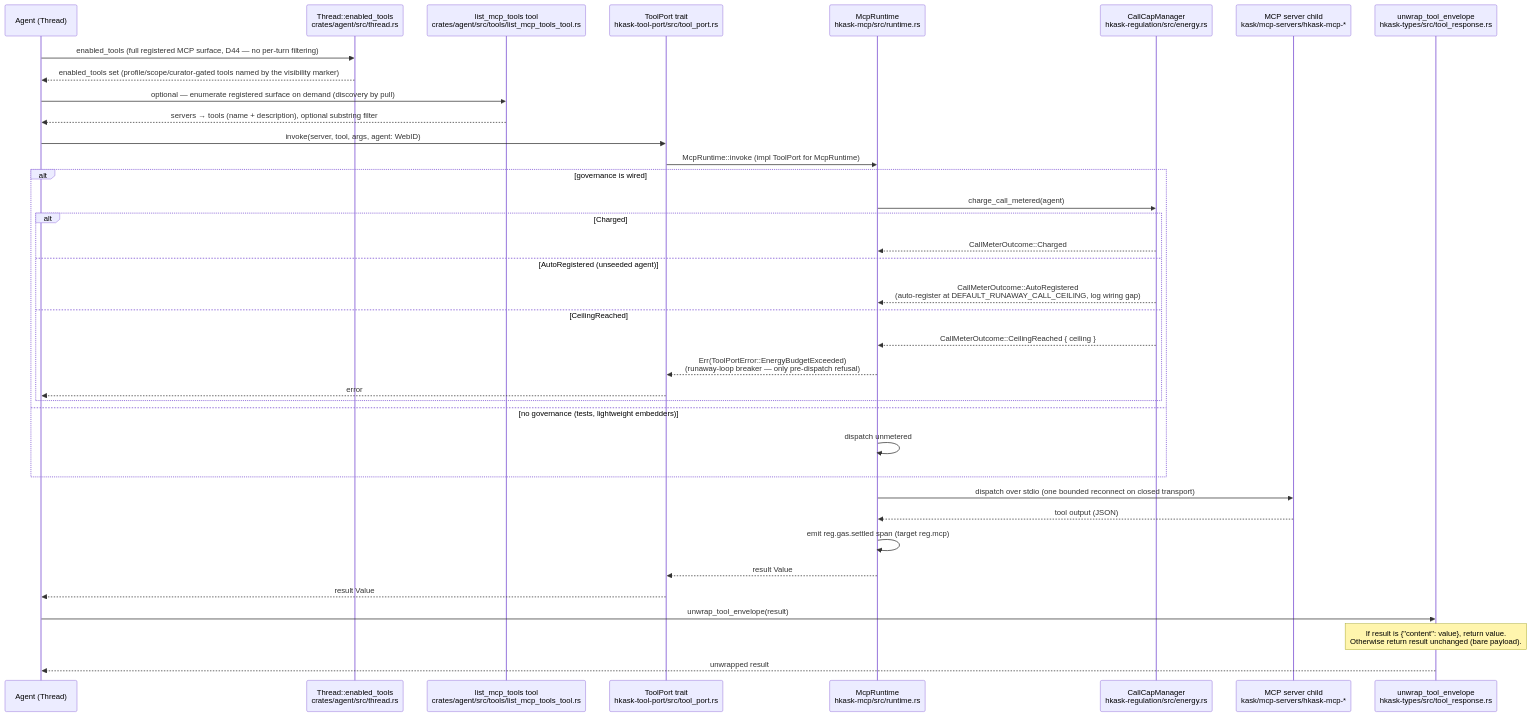
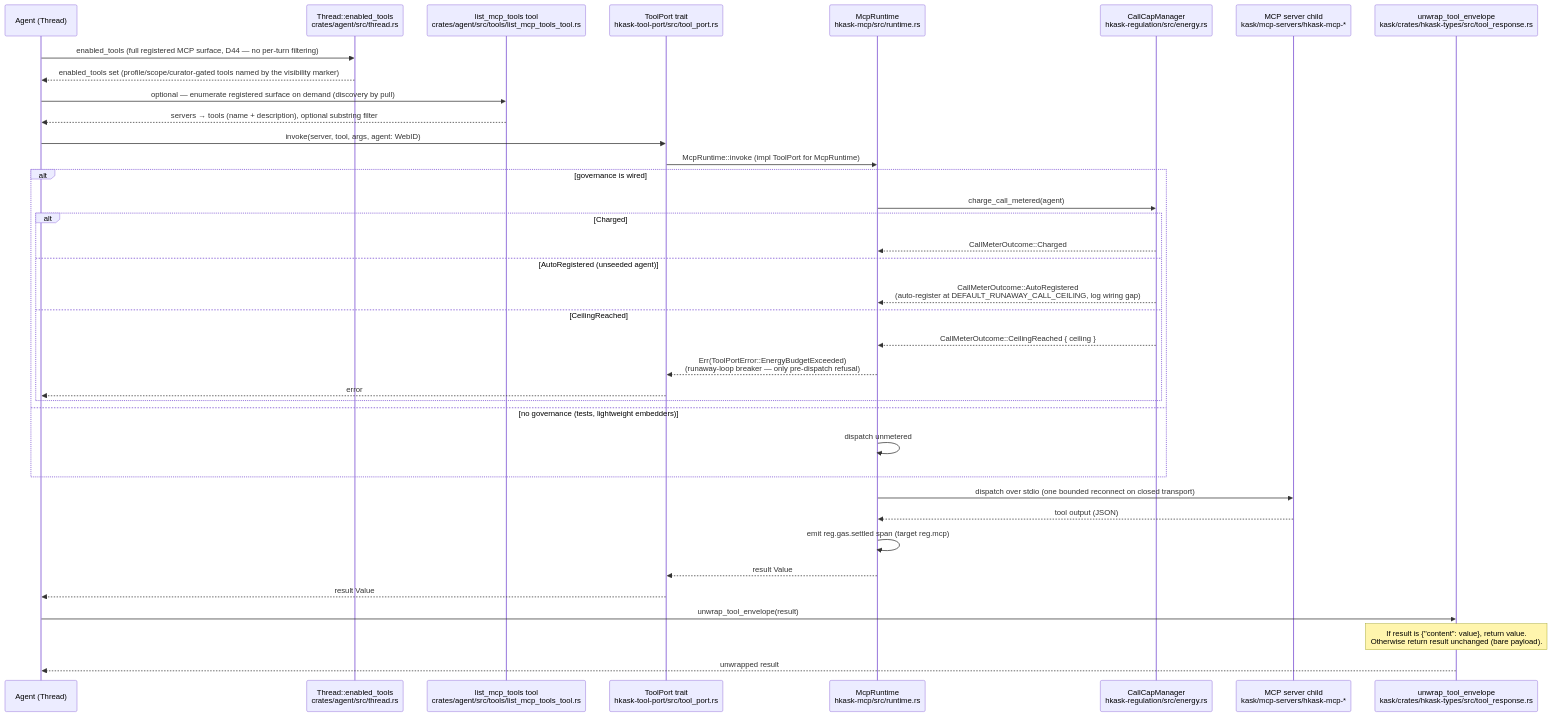
Before and after one commit to mdz-axo/zed-kask: the second of 4 diagrams in kask/docs/diagrams/mcp-dispatch.md, drawn with Mermaid. The commit also changed other lines of this file and 72 other files, not shown here.

````diff
--- a/kask/docs/diagrams/mcp-dispatch.md
+++ b/kask/docs/diagrams/mcp-dispatch.md
@@ -72,41 +72,41 @@
 ```mermaid
 sequenceDiagram
     participant Agent as Agent (Thread)
     participant Enabled as Thread::enabled_tools<br/>crates/agent/src/thread.rs
     participant ListTools as list_mcp_tools tool<br/>crates/agent/src/tools/list_mcp_tools_tool.rs
     participant ToolPort as ToolPort trait<br/>hkask-tool-port/src/tool_port.rs
     participant Runtime as McpRuntime<br/>hkask-mcp/src/runtime.rs
     participant Cap as CallCapManager<br/>hkask-regulation/src/energy.rs
     participant Server as MCP server child<br/>kask/mcp-servers/hkask-mcp-*
-    participant Unwrap as unwrap_tool_envelope<br/>hkask-types/src/tool_response.rs
+    participant Unwrap as unwrap_tool_envelope<br/>kask/crates/hkask-types/src/tool_response.rs
 
     Agent->>Enabled: enabled_tools (full registered MCP surface, D44 — no per-turn filtering)
     Enabled-->>Agent: enabled_tools set (profile/scope/curator-gated tools named by the visibility marker)
     Agent->>ListTools: optional — enumerate registered surface on demand (discovery by pull)
     ListTools-->>Agent: servers → tools (name + description), optional substring filter
 
     Agent->>ToolPort: invoke(server, tool, args, agent: WebID)
     ToolPort->>Runtime: McpRuntime::invoke (impl ToolPort for McpRuntime)
     alt governance is wired
         Runtime->>Cap: charge_call_metered(agent)
         alt Charged
             Cap-->>Runtime: CallMeterOutcome::Charged
         else AutoRegistered (unseeded agent)
             Cap-->>Runtime: CallMeterOutcome::AutoRegistered<br/>(auto-register at DEFAULT_RUNAWAY_CALL_CEILING, log wiring gap)
         else CeilingReached
             Cap-->>Runtime: CallMeterOutcome::CeilingReached { ceiling }
             Runtime-->>ToolPort: Err(ToolPortError::EnergyBudgetExceeded)<br/>(runaway-loop breaker — only pre-dispatch refusal)
             ToolPort-->>Agent: error
         end
     else no governance (tests, lightweight embedders)
         Runtime->>Runtime: dispatch unmetered
     end
     Runtime->>Server: dispatch over stdio (one bounded reconnect on closed transport)
     Server-->>Runtime: tool output (JSON)
     Runtime->>Runtime: emit reg.gas.settled span (target reg.mcp)
     Runtime-->>ToolPort: result Value
     ToolPort-->>Agent: result Value
     Agent->>Unwrap: unwrap_tool_envelope(result)
     Note over Unwrap: If result is {"content": value}, return value.<br/>Otherwise return result unchanged (bare payload).
     Unwrap-->>Agent: unwrapped result
 ```
````
